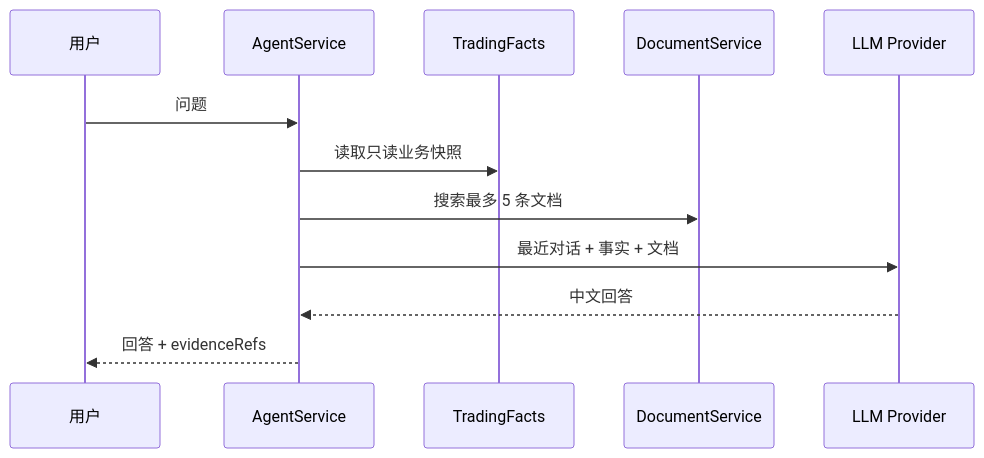
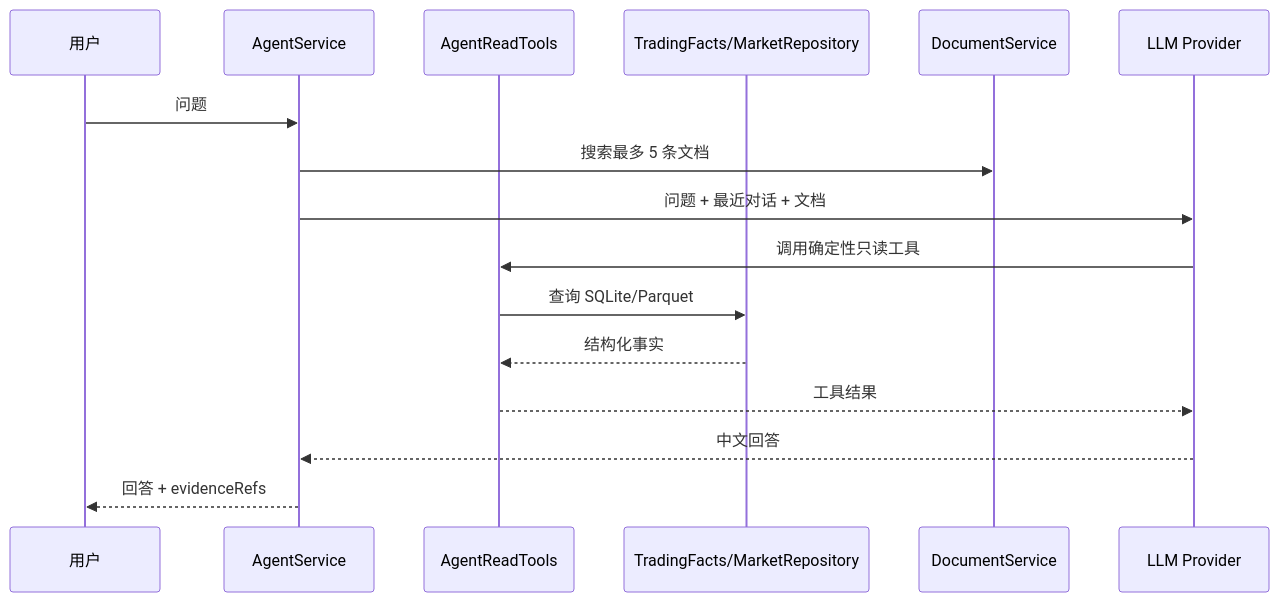
The diagram in documents/02-business/agent-conversation.md (mwangli/stock-trading), drawn with Mermaid before and after one commit. The commit also changed other lines of this file and 28 other files, not shown here.

````diff
--- a/documents/02-business/agent-conversation.md
+++ b/documents/02-business/agent-conversation.md
@@ -27,14 +30,18 @@
 ```mermaid
 sequenceDiagram
   participant U as 用户
   participant A as AgentService
-  participant F as TradingFacts
+  participant T as AgentReadTools
+  participant F as TradingFacts/MarketRepository
   participant D as DocumentService
   participant L as LLM Provider
   U->>A: 问题
-  A->>F: 读取只读业务快照
   A->>D: 搜索最多 5 条文档
-  A->>L: 最近对话 + 事实 + 文档
+  A->>L: 问题 + 最近对话 + 文档
+  L->>T: 调用确定性只读工具
+  T->>F: 查询 SQLite/Parquet
+  F-->>T: 结构化事实
+  T-->>L: 工具结果
   L-->>A: 中文回答
   A-->>U: 回答 + evidenceRefs
 ```
````
